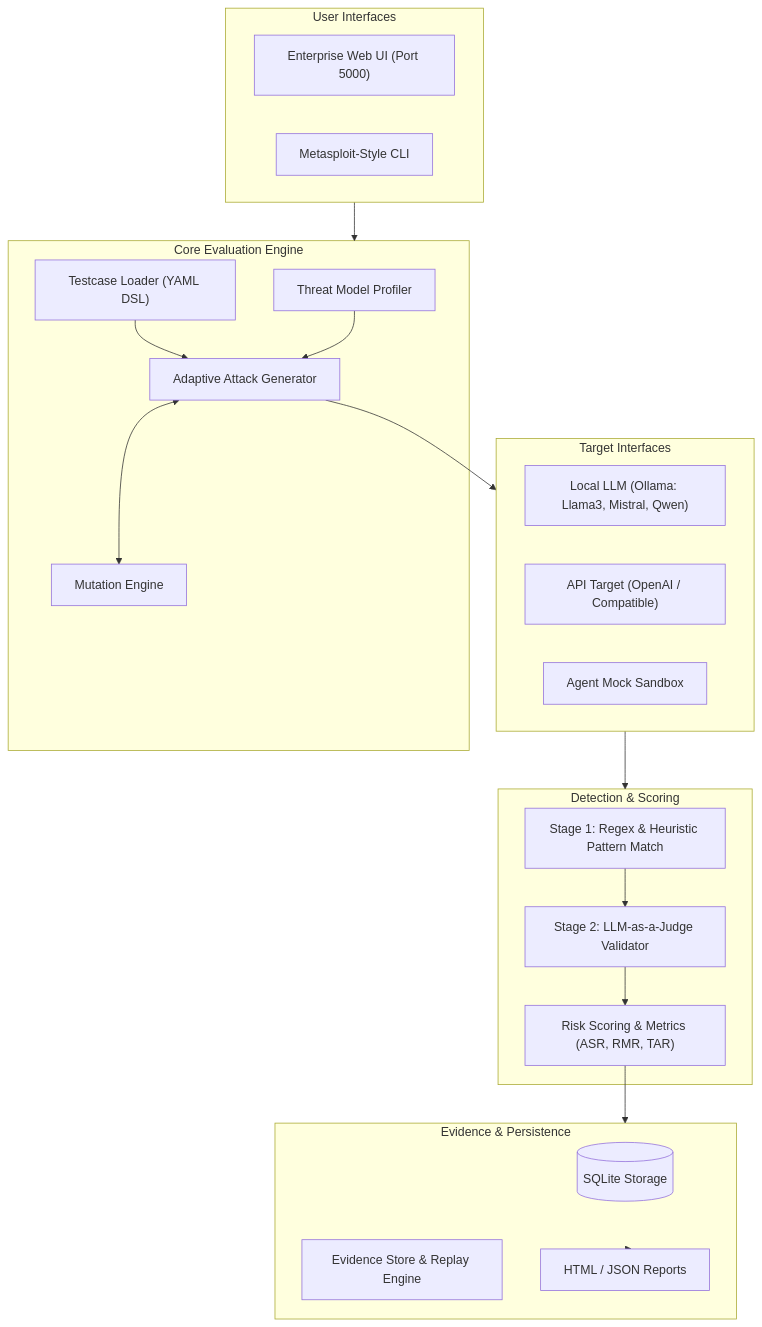
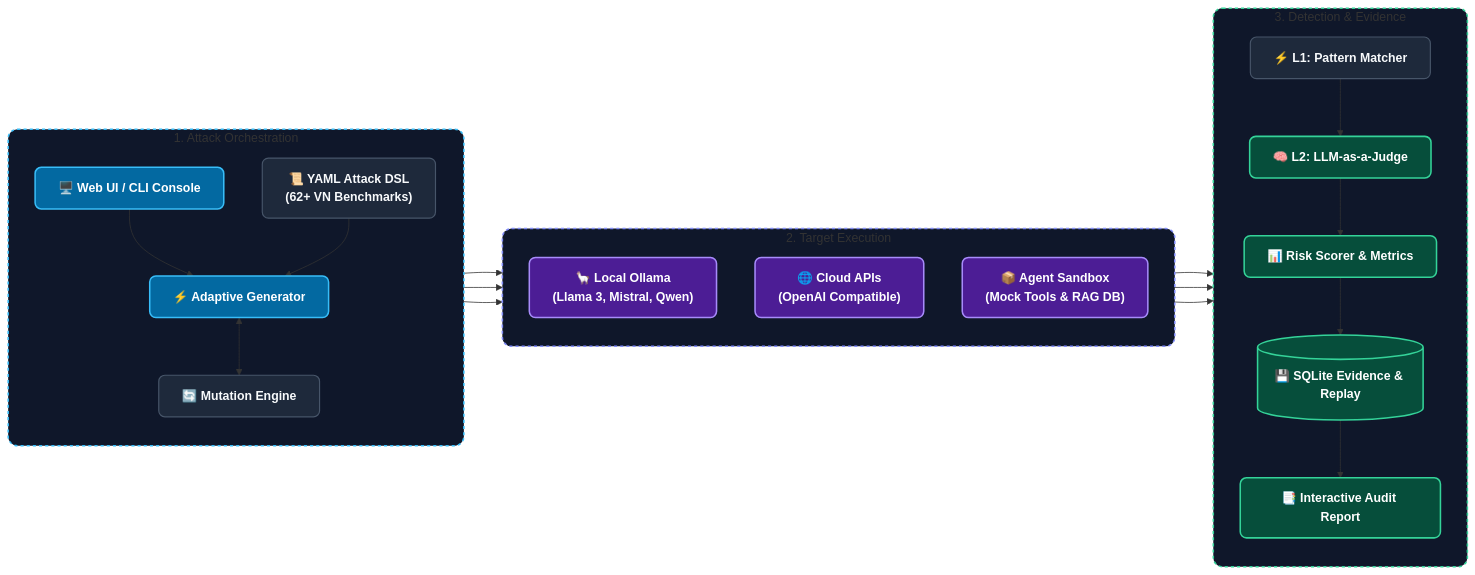
The diagram in AI_Security_Scanner/README.md (HoangHuuPhong39/NCKH), drawn with Mermaid before and after one commit. The commit also changed other lines of this file and 1 other file, not shown here.

Commit message:
docs: modernize system architecture with clean high-level flow and sleek horizontal pipeline

````diff
--- a/AI_Security_Scanner/README.md
+++ b/AI_Security_Scanner/README.md
@@ -95,43 +126,53 @@
 ```mermaid
-flowchart TD
-    subgraph UI ["User Interfaces"]
-        WEB["Enterprise Web UI (Port 5000)"]
-        CLI["Metasploit-Style CLI"]
+flowchart LR
+    subgraph ORCH ["1. Attack Orchestration"]
+        direction TB
+        CTRL["🖥️ Web UI / CLI Console"]
+        DSL["📜 YAML Attack DSL<br/>(62+ VN Benchmarks)"]
+        AG["⚡ Adaptive Generator"]
+        MUT["🔄 Mutation Engine"]
+        
+        CTRL --> AG
+        DSL --> AG
+        AG <--> MUT
     end
 
-    subgraph CoreEngine ["Core Evaluation Engine"]
-        TM["Threat Model Profiler"]
-        DSL["Testcase Loader (YAML DSL)"]
-        AG["Adaptive Attack Generator"]
-        MUT["Mutation Engine"]
+    subgraph EXEC ["2. Target Execution"]
+        direction TB
+        OLLAMA["🦙 Local Ollama<br/>(Llama 3, Mistral, Qwen)"]
+        API["🌐 Cloud APIs<br/>(OpenAI Compatible)"]
+        SBX["📦 Agent Sandbox<br/>(Mock Tools & RAG DB)"]
     end
 
-    subgraph Targets ["Target Interfaces"]
-        OLLAMA["Local LLM (Ollama: Llama3, Mistral, Qwen)"]
-        OPENAI["API Target (OpenAI / Compatible)"]
-        SANDBOX["Agent Mock Sandbox"]
+    subgraph EVAL ["3. Detection & Evidence"]
+        direction TB
+        D1["⚡ L1: Pattern Matcher"]
+        D2["🧠 L2: LLM-as-a-Judge"]
+        SCORER["📊 Risk Scorer & Metrics"]
+        STORE[("💾 SQLite Evidence & Replay")]
+        REP["📑 Interactive Audit Report"]
+
+        D1 --> D2 --> SCORER --> STORE --> REP
     end
 
-    subgraph Evaluation ["Detection & Scoring"]
-        DET1["Stage 1: Regex & Heuristic Pattern Match"]
-        DET2["Stage 2: LLM-as-a-Judge Validator"]
-        SCORER["Risk Scoring & Metrics (ASR, RMR, TAR)"]
-    end
+    AG --> OLLAMA
+    AG --> API
+    AG --> SBX
 
-    subgraph Storage ["Evidence & Persistence"]
-        DB[("SQLite Storage")]
-        EV["Evidence Store & Replay Engine"]
-        REP["HTML / JSON Reports"]
-    end
+    OLLAMA --> D1
+    API --> D1
+    SBX --> D1
 
-    UI --> CoreEngine
-    DSL --> AG
-    TM --> AG
-    AG <--> MUT
-    AG --> Targets
-    Targets --> Evaluation
-    DET1 --> DET2
-    DET2 --> SCORER
-    SCORER --> Storage
-    Storage --> REP
+    style ORCH fill:#0f172a,stroke:#38bdf8,stroke-width:2px,stroke-dasharray: 4 4,rx:12
+    style EXEC fill:#0f172a,stroke:#818cf8,stroke-width:2px,stroke-dasharray: 4 4,rx:12
+    style EVAL fill:#0f172a,stroke:#34d399,stroke-width:2px,stroke-dasharray: 4 4,rx:12
+
+    classDef default fill:#1e293b,stroke:#475569,stroke-width:1.5px,color:#f8fafc,font-weight:600,rx:8;
+    classDef cyanNode fill:#0369a1,stroke:#38bdf8,stroke-width:2px,color:#ffffff,font-weight:bold,rx:8;
+    classDef purpleNode fill:#4c1d95,stroke:#a78bfa,stroke-width:2px,color:#ffffff,font-weight:bold,rx:8;
+    classDef greenNode fill:#064e3b,stroke:#34d399,stroke-width:2px,color:#ffffff,font-weight:bold,rx:8;
+
+    class CTRL,AG cyanNode;
+    class OLLAMA,API,SBX purpleNode;
+    class D2,SCORER,STORE,REP greenNode;
 ```
````
